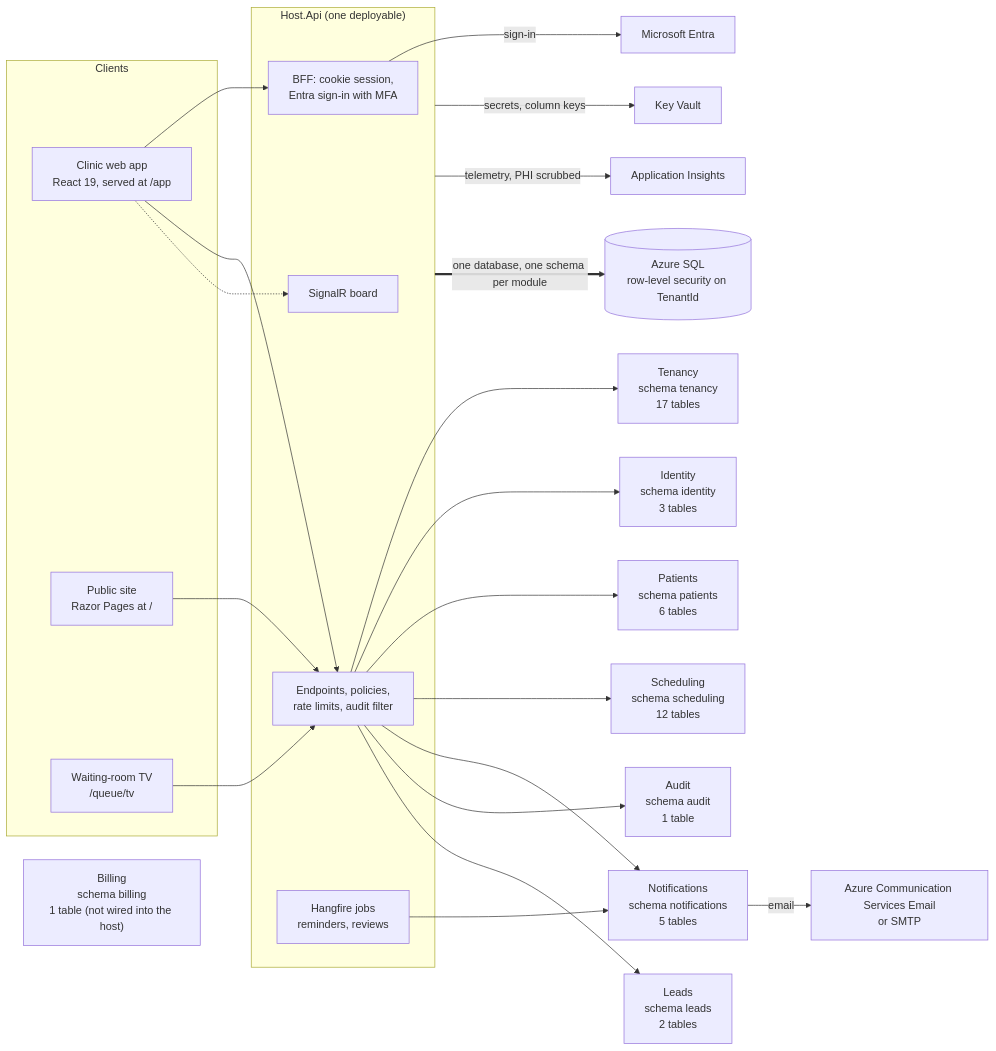
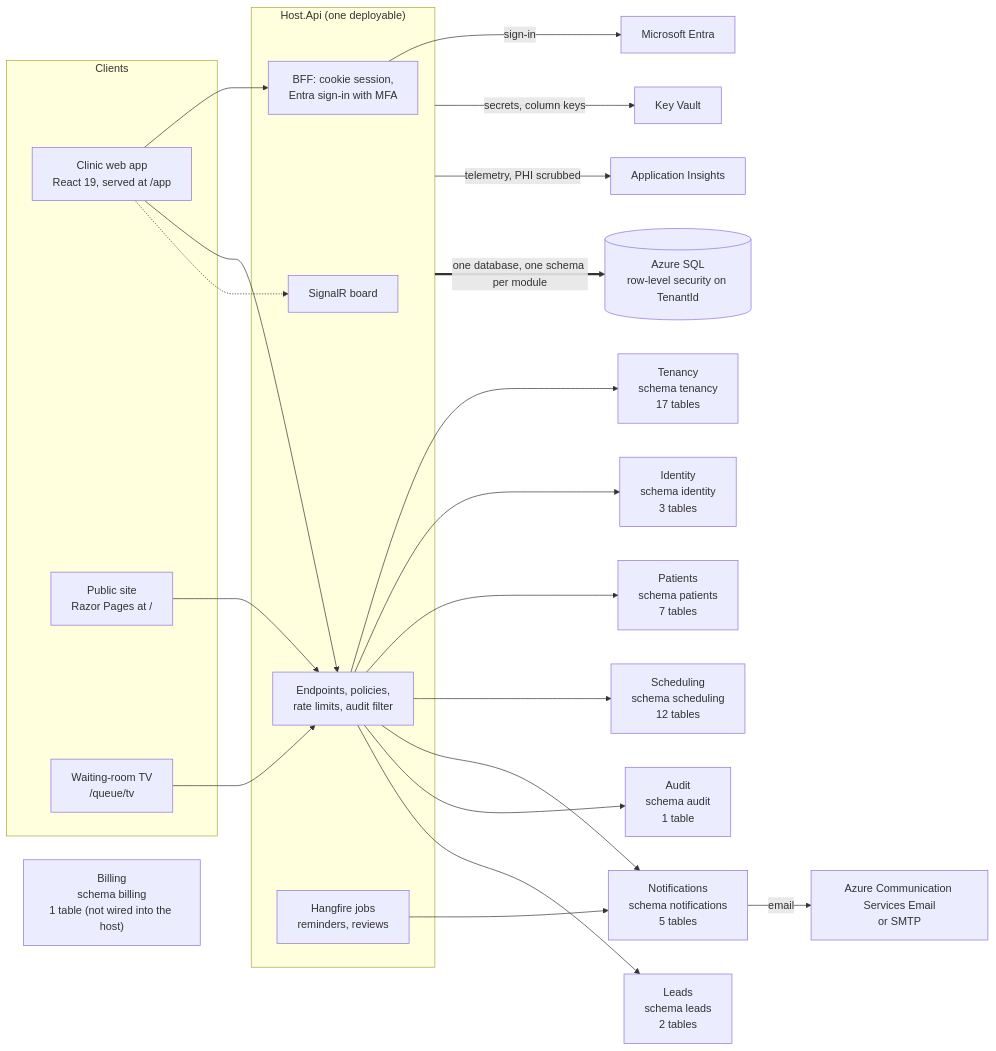
The first of 11 diagrams in docs/03-architecture/erd.md (ALFRED-LUCIFER/medvya), drawn with Mermaid before and after one commit. The commit also changed other lines of this file and 266 other files, not shown here.

````diff
--- a/docs/03-architecture/erd.md
+++ b/docs/03-architecture/erd.md
@@ -15,33 +15,33 @@
 ```mermaid
 flowchart LR
   subgraph Clients
     web["Clinic web app<br/>React 19, served at /app"]
     site["Public site<br/>Razor Pages at /"]
     tv["Waiting-room TV<br/>/queue/tv"]
   end
   subgraph Host["Host.Api (one deployable)"]
     bff["BFF: cookie session,<br/>Entra sign-in with MFA"]
     api["Endpoints, policies,<br/>rate limits, audit filter"]
     hub["SignalR board"]
     jobs["Hangfire jobs<br/>reminders, reviews"]
   end
   web --> bff
   web --> api
   web -.-> hub
   tv --> api
   site --> api
   api --> Tenancy["Tenancy<br/>schema tenancy<br/>17 tables"]
   api --> Identity["Identity<br/>schema identity<br/>3 tables"]
-  api --> Patients["Patients<br/>schema patients<br/>6 tables"]
+  api --> Patients["Patients<br/>schema patients<br/>7 tables"]
   api --> Scheduling["Scheduling<br/>schema scheduling<br/>12 tables"]
   api --> Notifications["Notifications<br/>schema notifications<br/>5 tables"]
   api --> Audit["Audit<br/>schema audit<br/>1 table"]
   api --> Leads["Leads<br/>schema leads<br/>2 tables"]
   Billing["Billing<br/>schema billing<br/>1 table (not wired into the host)"]
   jobs --> Notifications
   bff -->|"sign-in"| entra["Microsoft Entra"]
   Notifications -->|"email"| mail["Azure Communication Services Email<br/>or SMTP"]
   Host -->|"secrets, column keys"| kv["Key Vault"]
   Host -->|"telemetry, PHI scrubbed"| ai["Application Insights"]
   Host ==>|"one database, one schema per module"| sql[("Azure SQL<br/>row-level security on TenantId")]
 ```
````
